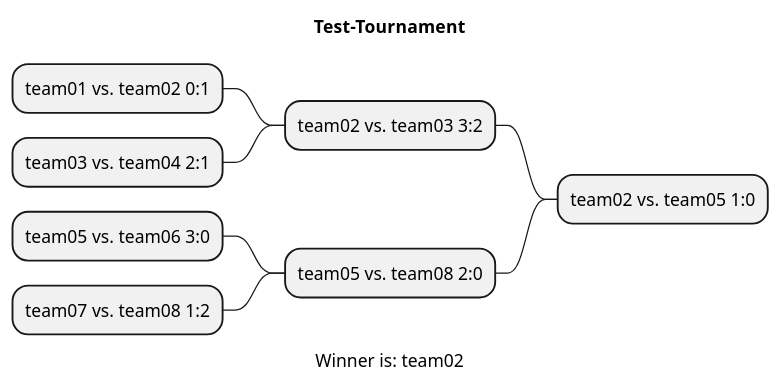
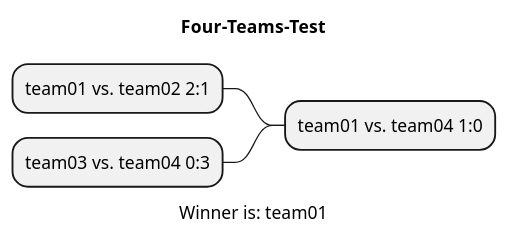
One commit to htl-leonding-project/2022-4ahif-autohaus changed the diagram in asciidocs/plantuml/Result.puml. Above: the diagram before and after it, drawn with PlantUML. The commit also changed 2 other files, not shown here.

Commit message:
#20 Added 4 Team Test

```diff
--- a/asciidocs/plantuml/Result.puml
+++ b/asciidocs/plantuml/Result.puml
@@ -1,18 +1,10 @@
-@startmindmap Test-Tournament.png
-title Test-Tournament
+@startmindmap Four-Teams-Test.png
+title Four-Teams-Test
 
-- team02 vs. team05 1:0
+- team01 vs. team04 1:0
 
--- team02 vs. team03 3:2
+-- team01 vs. team02 2:1
 
---- team01 vs. team02 0:1
-
---- team03 vs. team04 2:1
-
--- team05 vs. team08 2:0
-
---- team05 vs. team06 3:0
-
---- team07 vs. team08 1:2
-caption Winner is: team02
+-- team03 vs. team04 0:3
+caption Winner is: team01
 @endmindmap
```
